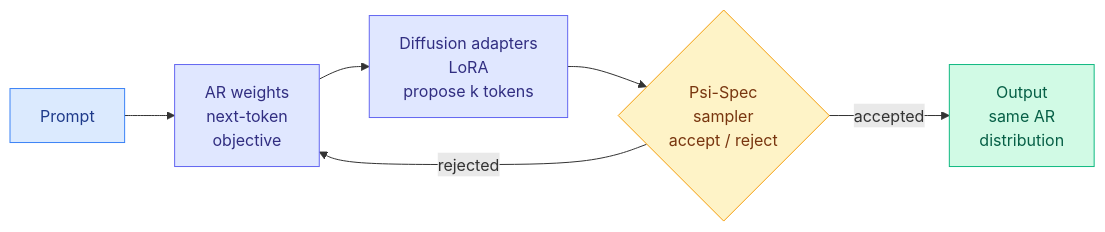
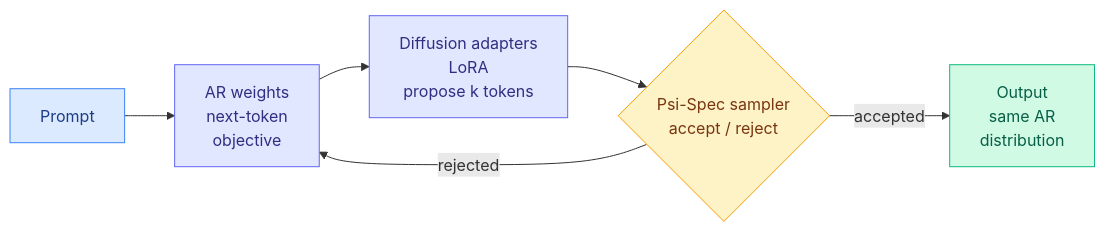
One commit to bayesiansapien/cere-bro changed the second of 2 diagrams in wiki/media-zone/2026-09/2026-09-18.md. Above: the diagram before and after it, drawn with Mermaid. The commit also changed other lines of this file and 22 other files, not shown here.

````diff
--- a/wiki/media-zone/2026-09/2026-09-18.md
+++ b/wiki/media-zone/2026-09/2026-09-18.md
@@ -116,16 +123,16 @@
 ```mermaid
 flowchart LR
   P[Prompt] --> AR[AR weights<br/>next-token<br/>objective]
   AR --> DF[Diffusion adapters<br/>LoRA<br/>propose k tokens]
-  DF --> V{Psi-Spec<br/>sampler<br/>accept / reject}
+  DF --> V{Psi-Spec sampler<br/>accept / reject}
   V -->|accepted| O[Output<br/>same AR<br/>distribution]
   V -->|rejected| AR
   classDef input fill:#dbeafe,stroke:#3b82f6,color:#1e3a8a
   classDef decision fill:#fef3c7,stroke:#f59e0b,color:#78350f
   classDef output fill:#d1fae5,stroke:#10b981,color:#065f46
   classDef aux fill:#e0e7ff,stroke:#6366f1,color:#312e81
   class P input
   class V decision
   class O output
   class AR,DF aux
 ```
````
